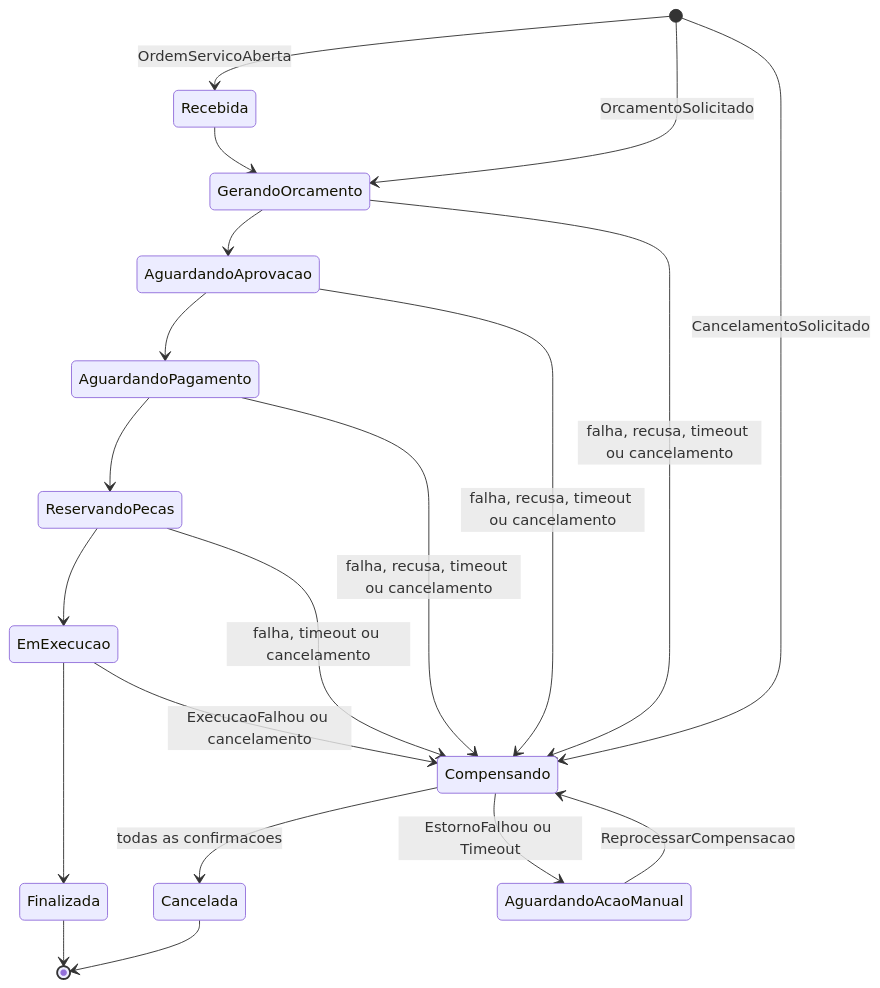
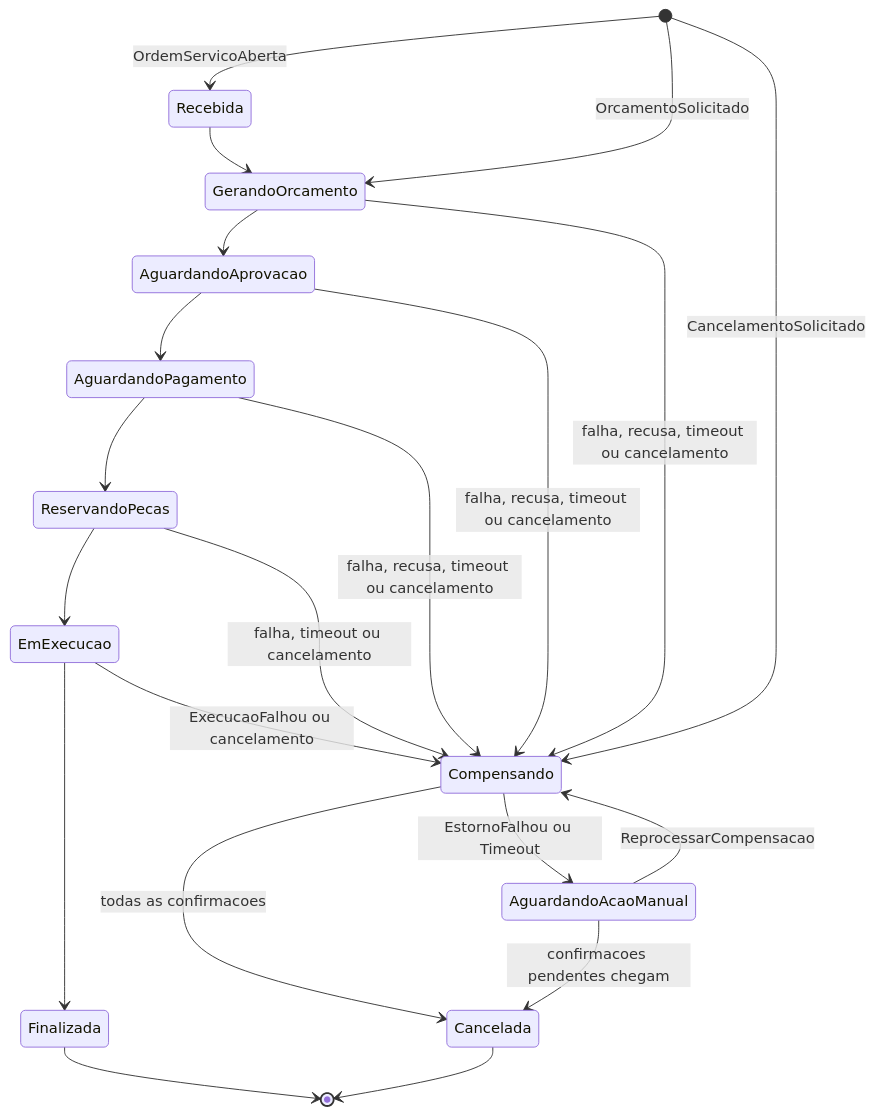
Before and after one commit to MathboyL3/oficina-os-service: the third of 3 diagrams in docs/ARQUITETURA-FASE4.md, drawn with Mermaid. The commit also changed other lines of this file and 2 other files, not shown here.

````diff
--- a/docs/ARQUITETURA-FASE4.md
+++ b/docs/ARQUITETURA-FASE4.md
@@ -84,22 +84,23 @@
 ```mermaid
 stateDiagram-v2
   [*] --> Recebida: OrdemServicoAberta
   [*] --> GerandoOrcamento: OrcamentoSolicitado
   [*] --> Compensando: CancelamentoSolicitado
   Recebida --> GerandoOrcamento
   GerandoOrcamento --> AguardandoAprovacao
   AguardandoAprovacao --> AguardandoPagamento
   AguardandoPagamento --> ReservandoPecas
   ReservandoPecas --> EmExecucao
   EmExecucao --> Finalizada
   GerandoOrcamento --> Compensando: falha, recusa, timeout ou cancelamento
   AguardandoAprovacao --> Compensando: falha, recusa, timeout ou cancelamento
   AguardandoPagamento --> Compensando: falha, recusa, timeout ou cancelamento
   ReservandoPecas --> Compensando: falha, timeout ou cancelamento
   EmExecucao --> Compensando: ExecucaoFalhou ou cancelamento
   Compensando --> Cancelada: todas as confirmacoes
   Compensando --> AguardandoAcaoManual: EstornoFalhou ou Timeout
   AguardandoAcaoManual --> Compensando: ReprocessarCompensacao
+  AguardandoAcaoManual --> Cancelada: confirmacoes pendentes chegam
   Finalizada --> [*]
   Cancelada --> [*]
 ```
````
